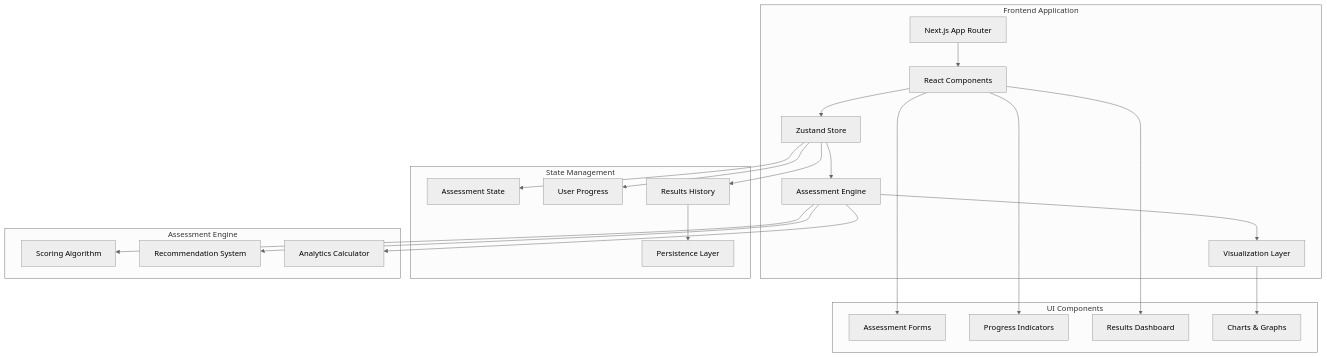
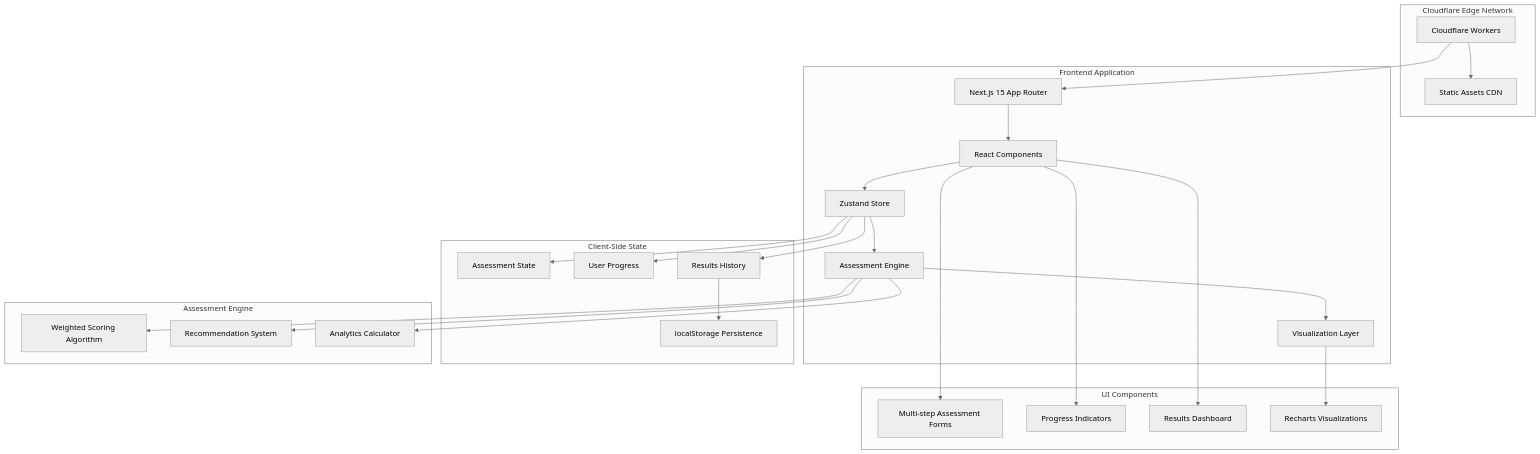
The first of 3 diagrams in README.md (ChanMeng666/job-valuation), drawn with Mermaid (neutral theme) before and after one commit. The commit also changed other lines of this file and 10 other files, not shown here.

First line of the commit message:
feat: migrate deployment from Vercel to Cloudflare Workers

````diff
--- a/README.md
+++ b/README.md
@@ -308,42 +318,47 @@
 ```mermaid
 graph TB
+    subgraph "Cloudflare Edge Network"
+        CF[Cloudflare Workers] --> SA[Static Assets CDN]
+    end
+
     subgraph "Frontend Application"
-        A[Next.js App Router] --> B[React Components]
+        CF --> A[Next.js 15 App Router]
+        A --> B[React Components]
         B --> C[Zustand Store]
         C --> D[Assessment Engine]
         D --> E[Visualization Layer]
     end
     
-    subgraph "State Management"
+    subgraph "Client-Side State"
         F[Assessment State]
         G[User Progress]
         H[Results History]
-        I[Persistence Layer]
+        I["localStorage Persistence"]
     end
     
     subgraph "Assessment Engine"
-        J[Scoring Algorithm]
+        J[Weighted Scoring Algorithm]
         K[Recommendation System]
         L[Analytics Calculator]
     end
     
     C --> F
     C --> G
     C --> H
     H --> I
     D --> J
     D --> K
     D --> L
     
     subgraph "UI Components"
-        M[Assessment Forms]
+        M[Multi-step Assessment Forms]
         N[Progress Indicators]
         O[Results Dashboard]
-        P[Charts & Graphs]
+        P[Recharts Visualizations]
     end
     
     B --> M
     B --> N
     B --> O
     E --> P
 ```
````
